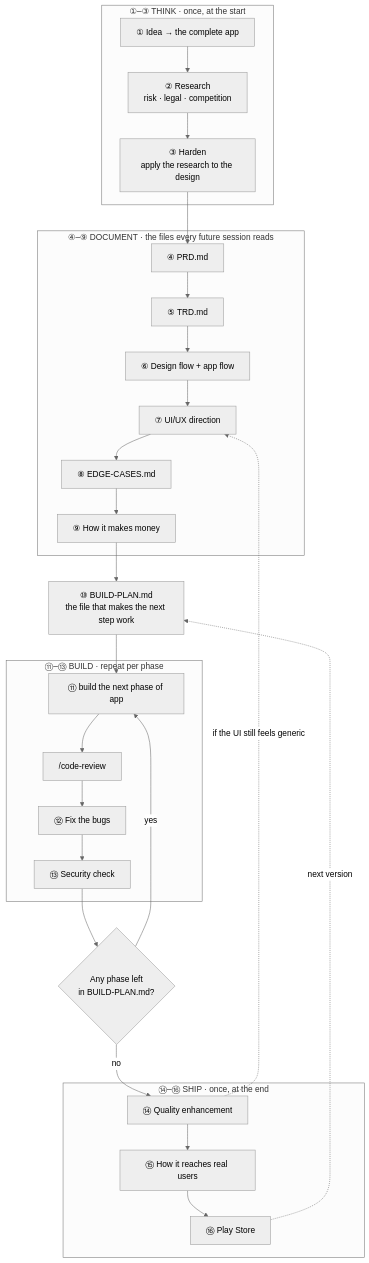
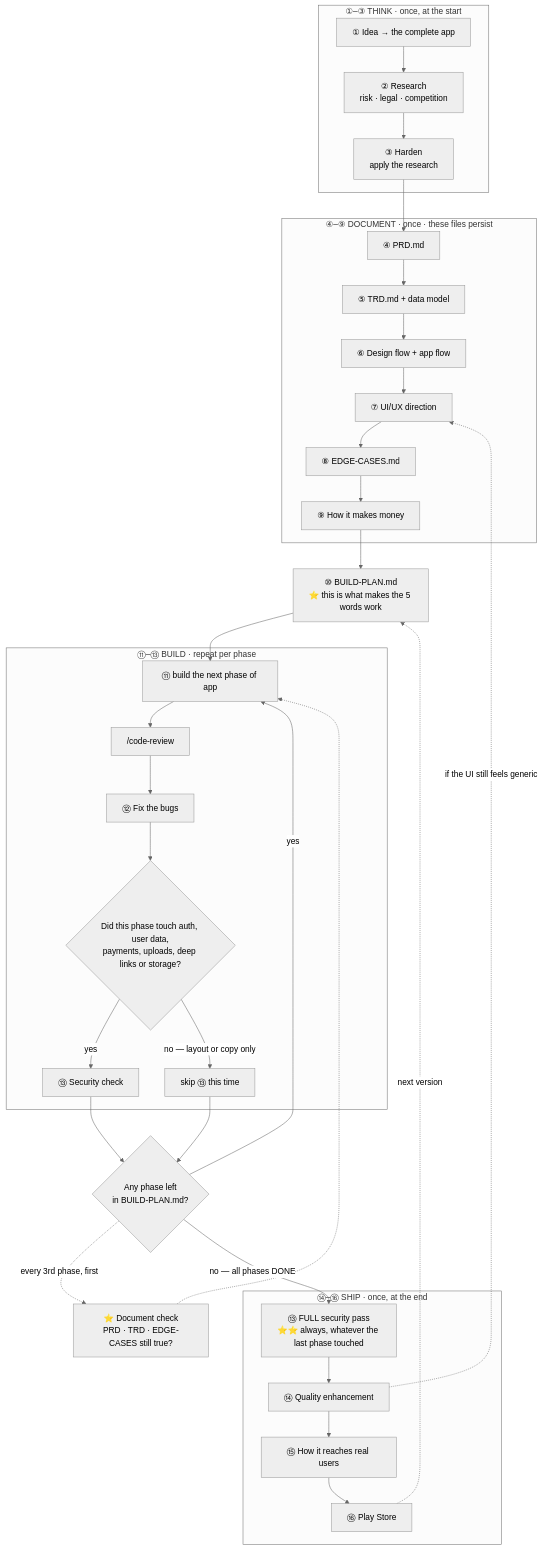
Before and after one commit to rameshkumark24/learnings: the diagram in 04-App-Developer/PROMPTS.md, drawn with Mermaid (neutral theme). The commit also changed other lines of this file and 1 other file, not shown here.

````diff
--- a/04-App-Developer/PROMPTS.md
+++ b/04-App-Developer/PROMPTS.md
@@ -1093,37 +1165,45 @@
 ```mermaid
 flowchart TD
     subgraph THINK["①–③ THINK · once, at the start"]
         A["① Idea → the complete app"] --> B["② Research<br>risk · legal · competition"]
-        B --> C["③ Harden<br>apply the research to the design"]
+        B --> C["③ Harden<br>apply the research"]
     end
 
-    subgraph DOC["④–⑨ DOCUMENT · the files every future session reads"]
-        D["④ PRD.md"] --> E["⑤ TRD.md"]
+    subgraph DOC["④–⑨ DOCUMENT · once · these files persist"]
+        D["④ PRD.md"] --> E["⑤ TRD.md + data model"]
         E --> F["⑥ Design flow + app flow"]
         F --> G["⑦ UI/UX direction"]
         G --> H["⑧ EDGE-CASES.md"]
         H --> I["⑨ How it makes money"]
     end
 
-    J["⑩ BUILD-PLAN.md<br>the file that makes the next step work"]
+    J["⑩ BUILD-PLAN.md<br>⭐ this is what makes the 5 words work"]
 
     subgraph LOOP["⑪–⑬ BUILD · repeat per phase"]
         K["⑪ build the next phase of app"] --> L["/code-review"]
         L --> M["⑫ Fix the bugs"]
-        M --> N["⑬ Security check"]
+        M --> S{"Did this phase touch auth, user data,<br>payments, uploads, deep links or storage?"}
+        S -->|"yes"| N["⑬ Security check"]
+        S -->|"no — layout or copy only"| SKIP["skip ⑬ this time"]
     end
 
+    DC["⭐ Document check<br>PRD · TRD · EDGE-CASES still true?"]
+
     subgraph SHIP["⑭–⑯ SHIP · once, at the end"]
-        P["⑭ Quality enhancement"] --> Q["⑮ How it reaches real users"]
+        FULLSEC["⑬ FULL security pass<br>⭐⭐ always, whatever the last phase touched"] --> P["⑭ Quality enhancement"]
+        P --> Q["⑮ How it reaches real users"]
         Q --> R["⑯ Play Store"]
     end
 
     C --> D
     I --> J
     J --> K
     N --> O{"Any phase left<br>in BUILD-PLAN.md?"}
+    SKIP --> O
     O -->|"yes"| K
-    O -->|"no"| P
+    O -.->|"every 3rd phase, first"| DC
+    DC -.-> K
+    O -->|"no — all phases DONE"| FULLSEC
     P -.->|"if the UI still feels generic"| G
     R -.->|"next version"| J
 ```
````
